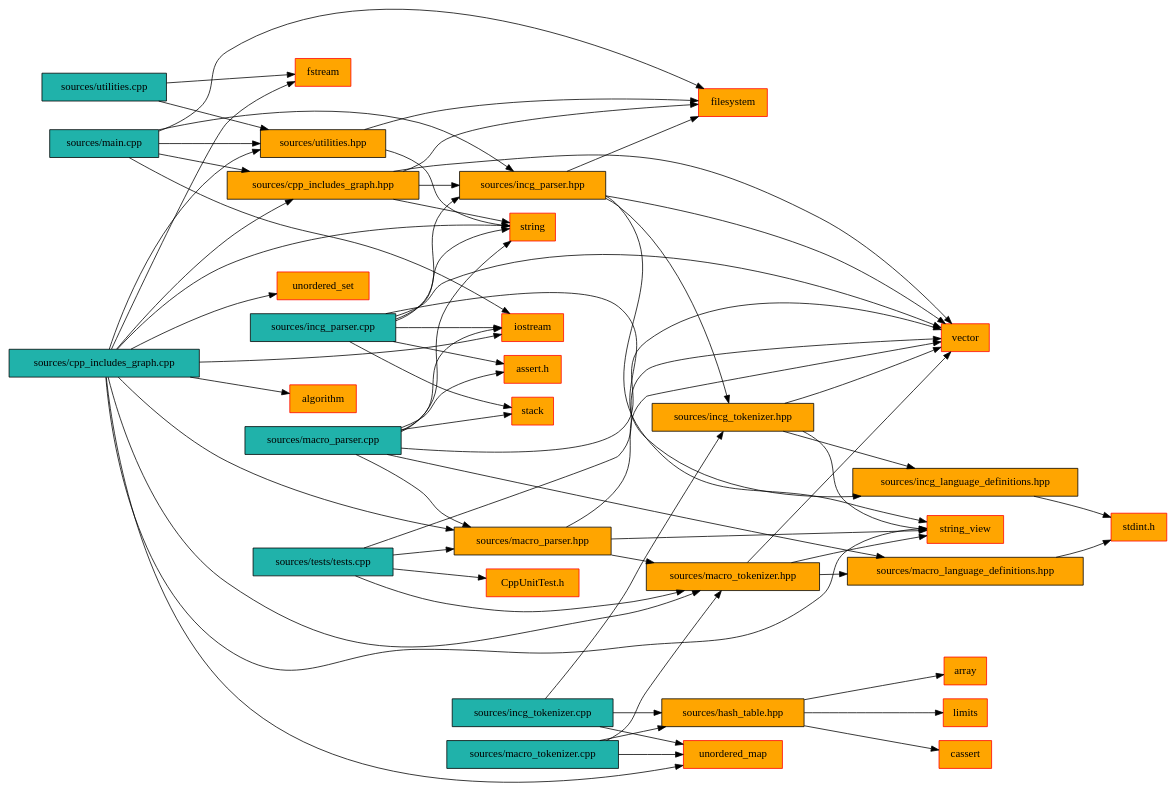
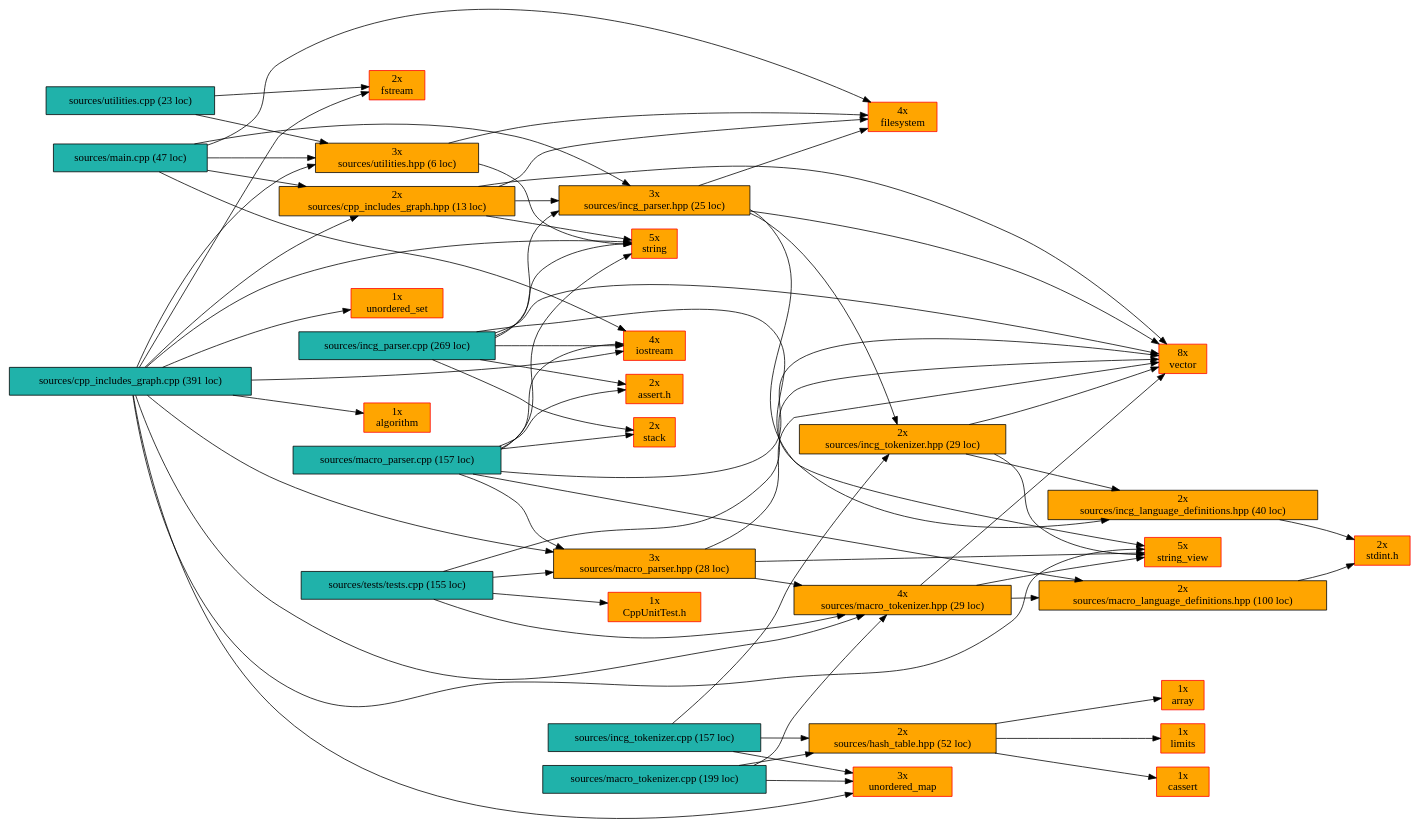
Before and after one commit to Flamaros/cpp-includes-graph: the diagram in example/results/cpp-includes-graph.dot, drawn with Graphviz. The commit also changed 5 other files, not shown here.

```diff
--- a/example/results/cpp-includes-graph.dot
+++ b/example/results/cpp-includes-graph.dot
@@ -1,102 +1,127 @@
 digraph {
 	rankdir = LR
-	a [label="sources/cpp_includes_graph.cpp" shape=box, style=filled, color=black, fillcolor=lightseagreen]
+	a [label="sources/cpp_includes_graph.cpp (391 loc)" shape=box, style=filled, color=black, fillcolor=lightseagreen]
 	a -> b
-	b [label="sources/cpp_includes_graph.hpp" shape=box, style=filled, color=black, fillcolor=orange]
+	b [label="2x
+sources/cpp_includes_graph.hpp (13 loc)" shape=box, style=filled, color=black, fillcolor=orange]
 	b -> c
-	c [label="sources/incg_parser.hpp" shape=box, style=filled, color=black, fillcolor=orange]
+	c [label="3x
+sources/incg_parser.hpp (25 loc)" shape=box, style=filled, color=black, fillcolor=orange]
 	c -> d
-	d [label="sources/incg_tokenizer.hpp" shape=box, style=filled, color=black, fillcolor=orange]
+	d [label="2x
+sources/incg_tokenizer.hpp (29 loc)" shape=box, style=filled, color=black, fillcolor=orange]
 	d -> e
-	e [label="sources/incg_language_definitions.hpp" shape=box, style=filled, color=black, fillcolor=orange]
+	e [label="2x
+sources/incg_language_definitions.hpp (40 loc)" shape=box, style=filled, color=black, fillcolor=orange]
 	e -> f
-	f [label="stdint.h" shape=box, style=filled, color=red, fillcolor=orange]
+	f [label="2x
+stdint.h" shape=box, style=filled, color=red, fillcolor=orange]
 	d -> g
-	g [label="vector" shape=box, style=filled, color=red, fillcolor=orange]
+	g [label="8x
+vector" shape=box, style=filled, color=red, fillcolor=orange]
 	d -> h
-	h [label="string_view" shape=box, style=filled, color=red, fillcolor=orange]
+	h [label="5x
+string_view" shape=box, style=filled, color=red, fillcolor=orange]
 	c -> g
 	c -> h
 	c -> i
-	i [label="filesystem" shape=box, style=filled, color=red, fillcolor=orange]
+	i [label="4x
+filesystem" shape=box, style=filled, color=red, fillcolor=orange]
 	b -> i
 	b -> j
-	j [label="string" shape=box, style=filled, color=red, fillcolor=orange]
+	j [label="5x
+string" shape=box, style=filled, color=red, fillcolor=orange]
 	b -> g
 	a -> k
-	k [label="sources/macro_tokenizer.hpp" shape=box, style=filled, color=black, fillcolor=orange]
+	k [label="4x
+sources/macro_tokenizer.hpp (29 loc)" shape=box, style=filled, color=black, fillcolor=orange]
 	k -> l
-	l [label="sources/macro_language_definitions.hpp" shape=box, style=filled, color=black, fillcolor=orange]
+	l [label="2x
+sources/macro_language_definitions.hpp (100 loc)" shape=box, style=filled, color=black, fillcolor=orange]
 	l -> f
 	k -> g
 	k -> h
 	a -> m
-	m [label="sources/macro_parser.hpp" shape=box, style=filled, color=black, fillcolor=orange]
+	m [label="3x
+sources/macro_parser.hpp (28 loc)" shape=box, style=filled, color=black, fillcolor=orange]
 	m -> k
 	m -> g
 	m -> h
 	a -> n
-	n [label="sources/utilities.hpp" shape=box, style=filled, color=black, fillcolor=orange]
+	n [label="3x
+sources/utilities.hpp (6 loc)" shape=box, style=filled, color=black, fillcolor=orange]
 	n -> i
 	n -> j
 	a -> o
-	o [label="algorithm" shape=box, style=filled, color=red, fillcolor=orange]
+	o [label="1x
+algorithm" shape=box, style=filled, color=red, fillcolor=orange]
 	a -> p
-	p [label="fstream" shape=box, style=filled, color=red, fillcolor=orange]
+	p [label="2x
+fstream" shape=box, style=filled, color=red, fillcolor=orange]
 	a -> q
-	q [label="iostream" shape=box, style=filled, color=red, fillcolor=orange]
+	q [label="4x
+iostream" shape=box, style=filled, color=red, fillcolor=orange]
 	a -> j
 	a -> h
 	a -> r
-	r [label="unordered_map" shape=box, style=filled, color=red, fillcolor=orange]
+	r [label="3x
+unordered_map" shape=box, style=filled, color=red, fillcolor=orange]
 	a -> s
-	s [label="unordered_set" shape=box, style=filled, color=red, fillcolor=orange]
-	t [label="sources/incg_parser.cpp" shape=box, style=filled, color=black, fillcolor=lightseagreen]
+	s [label="1x
+unordered_set" shape=box, style=filled, color=red, fillcolor=orange]
+	t [label="sources/incg_parser.cpp (269 loc)" shape=box, style=filled, color=black, fillcolor=lightseagreen]
 	t -> c
 	t -> e
 	t -> j
 	t -> g
 	t -> q
 	t -> u
-	u [label="stack" shape=box, style=filled, color=red, fillcolor=orange]
+	u [label="2x
+stack" shape=box, style=filled, color=red, fillcolor=orange]
 	t -> v
-	v [label="assert.h" shape=box, style=filled, color=red, fillcolor=orange]
-	w [label="sources/incg_tokenizer.cpp" shape=box, style=filled, color=black, fillcolor=lightseagreen]
+	v [label="2x
+assert.h" shape=box, style=filled, color=red, fillcolor=orange]
+	w [label="sources/incg_tokenizer.cpp (157 loc)" shape=box, style=filled, color=black, fillcolor=lightseagreen]
 	w -> d
 	w -> x
-	x [label="sources/hash_table.hpp" shape=box, style=filled, color=black, fillcolor=orange]
+	x [label="2x
+sources/hash_table.hpp (52 loc)" shape=box, style=filled, color=black, fillcolor=orange]
 	x -> y
-	y [label="array" shape=box, style=filled, color=red, fillcolor=orange]
+	y [label="1x
+array" shape=box, style=filled, color=red, fillcolor=orange]
 	x -> z
-	z [label="limits" shape=box, style=filled, color=red, fillcolor=orange]
+	z [label="1x
+limits" shape=box, style=filled, color=red, fillcolor=orange]
 	x -> ab
-	ab [label="cassert" shape=box, style=filled, color=red, fillcolor=orange]
+	ab [label="1x
+cassert" shape=box, style=filled, color=red, fillcolor=orange]
 	w -> r
-	bb [label="sources/macro_parser.cpp" shape=box, style=filled, color=black, fillcolor=lightseagreen]
+	bb [label="sources/macro_parser.cpp (157 loc)" shape=box, style=filled, color=black, fillcolor=lightseagreen]
 	bb -> m
 	bb -> l
 	bb -> j
 	bb -> g
 	bb -> q
 	bb -> u
 	bb -> v
-	cb [label="sources/macro_tokenizer.cpp" shape=box, style=filled, color=black, fillcolor=lightseagreen]
+	cb [label="sources/macro_tokenizer.cpp (199 loc)" shape=box, style=filled, color=black, fillcolor=lightseagreen]
 	cb -> k
 	cb -> x
 	cb -> r
-	db [label="sources/main.cpp" shape=box, style=filled, color=black, fillcolor=lightseagreen]
+	db [label="sources/main.cpp (47 loc)" shape=box, style=filled, color=black, fillcolor=lightseagreen]
 	db -> b
 	db -> c
 	db -> n
 	db -> q
 	db -> i
-	eb [label="sources/tests/tests.cpp" shape=box, style=filled, color=black, fillcolor=lightseagreen]
+	eb [label="sources/tests/tests.cpp (155 loc)" shape=box, style=filled, color=black, fillcolor=lightseagreen]
 	eb -> k
 	eb -> m
 	eb -> fb
-	fb [label="CppUnitTest.h" shape=box, style=filled, color=red, fillcolor=orange]
+	fb [label="1x
+CppUnitTest.h" shape=box, style=filled, color=red, fillcolor=orange]
 	eb -> g
-	gb [label="sources/utilities.cpp" shape=box, style=filled, color=black, fillcolor=lightseagreen]
+	gb [label="sources/utilities.cpp (23 loc)" shape=box, style=filled, color=black, fillcolor=lightseagreen]
 	gb -> n
 	gb -> p
 }
```
